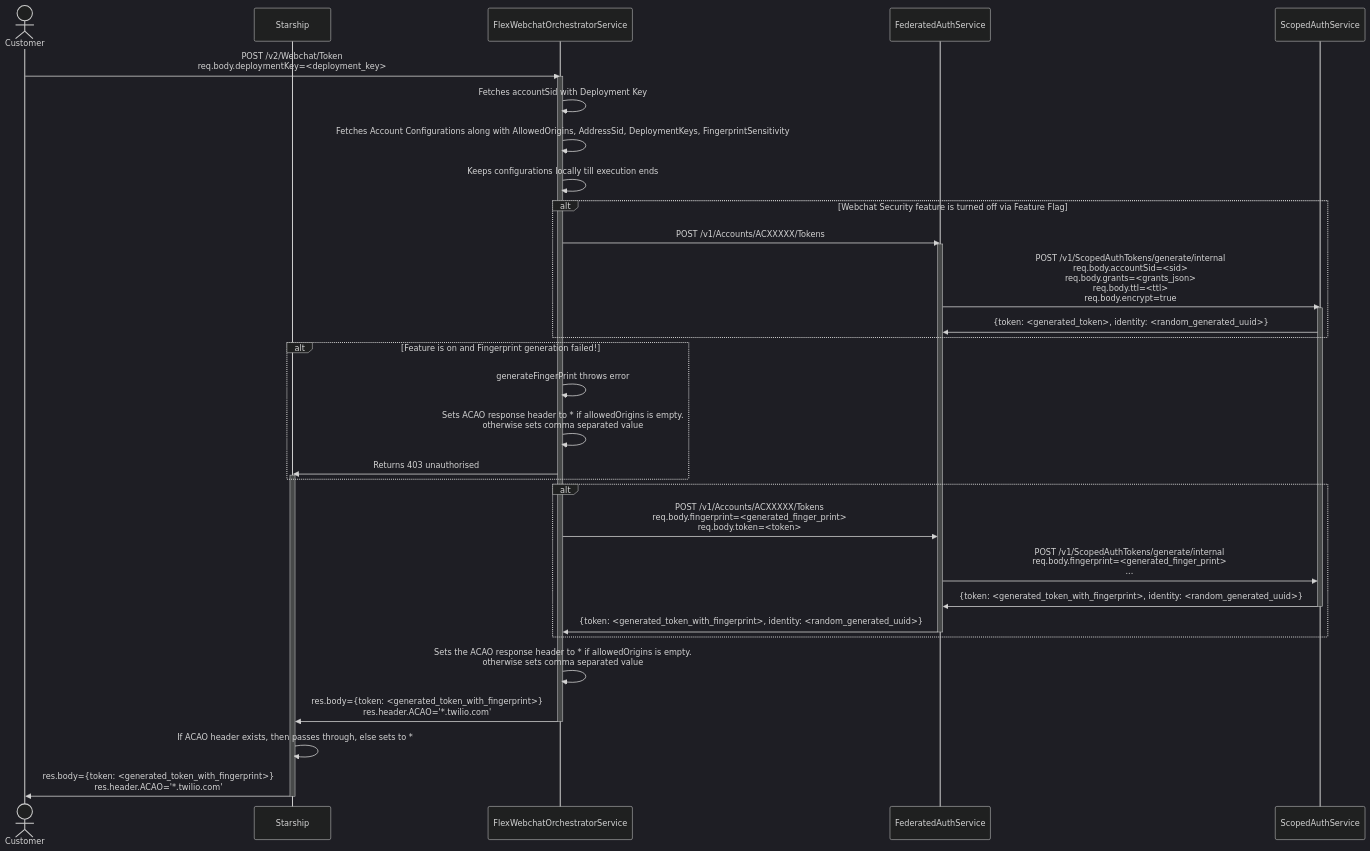
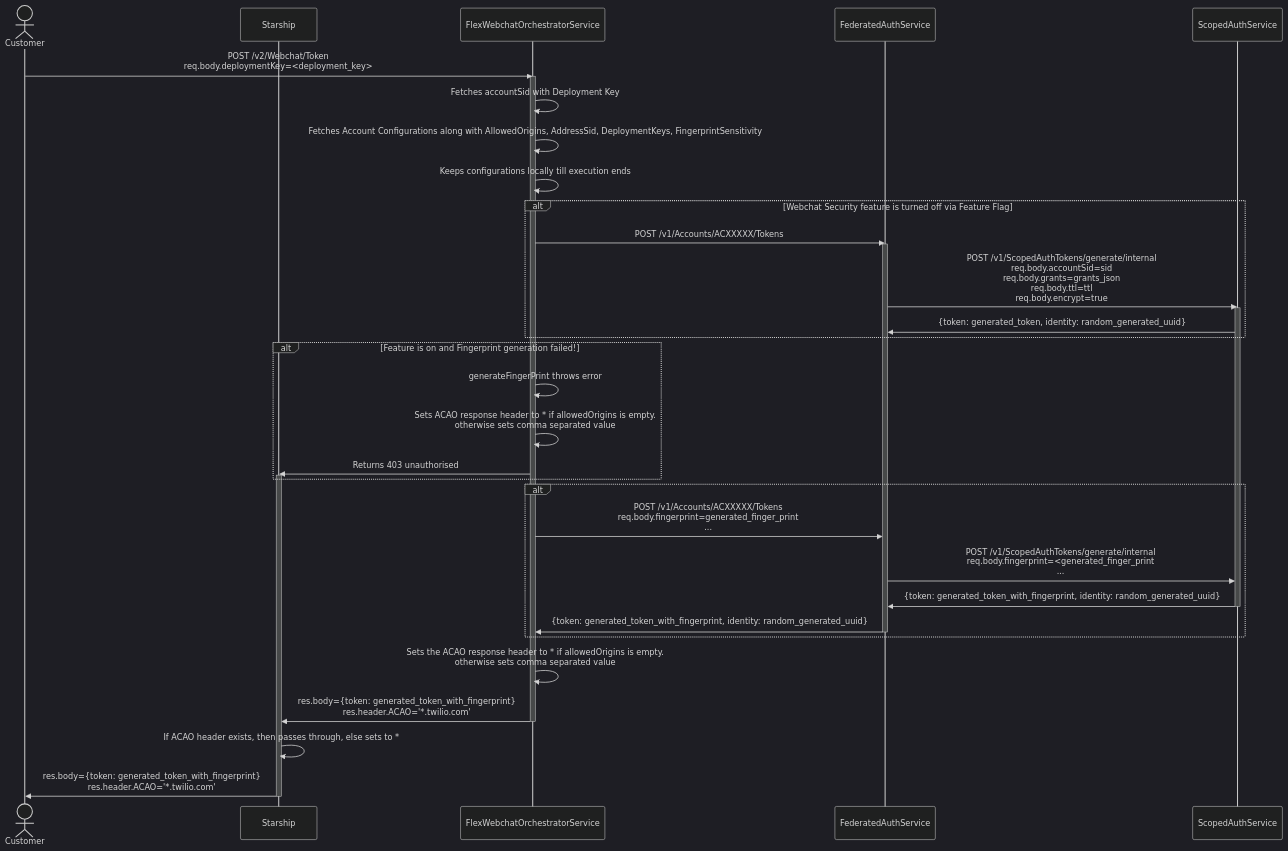
The diagram in seq_webchat_create_token.md (twilio/twilio-webchat-react-app), drawn with Mermaid (dark theme) before and after one commit. The commit also changed 1 other file, not shown here.

Commit message:
Updating sequence diagrams

````diff
--- a/seq_webchat_create_token.md
+++ b/seq_webchat_create_token.md
@@ -1,48 +1,48 @@
 ```mermaid
 %% Webchat Create Token
 sequenceDiagram
 
 actor C as Customer
 participant S as Starship
 participant FWO as FlexWebchatOrchestratorService
 participant FAS as FederatedAuthService
 participant SAS as ScopedAuthService
 
 C ->> FWO : POST /v2/Webchat/Token <br/>req.body.deploymentKey=<deployment_key>
 activate FWO
 FWO ->> FWO : Fetches accountSid with Deployment Key
 FWO ->> FWO : Fetches Account Configurations along with AllowedOrigins, AddressSid, DeploymentKeys, FingerprintSensitivity
 FWO ->> FWO : Keeps configurations locally till execution ends
 
 alt Webchat Security feature is turned off via Feature Flag
 	FWO ->> FAS : POST /v1/Accounts/ACXXXXX/Tokens
 	activate FAS
-	FAS ->> SAS : POST /v1/ScopedAuthTokens/generate/internal <br/>req.body.accountSid=<sid><br/>req.body.grants=<grants_json><br/>req.body.ttl=<ttl><br/>req.body.encrypt=true
+	FAS ->> SAS : POST /v1/ScopedAuthTokens/generate/internal <br/>req.body.accountSid=sid <br/>req.body.grants=grants_json <br/>req.body.ttl=ttl<br/>req.body.encrypt=true
 	activate SAS
-	SAS ->> FAS : {token: <generated_token>, identity: <random_generated_uuid>}
+	SAS ->> FAS : {token: generated_token, identity: random_generated_uuid}
 end
 
 alt Feature is on and Fingerprint generation failed!
 	FWO ->> FWO: generateFingerPrint throws error
 	FWO ->> FWO : Sets ACAO response header to * if allowedOrigins is  empty. <br/> otherwise sets comma separated value
 	FWO ->> S : Returns 403 unauthorised
 	activate S
 end
 
 alt #LightBlue Feature is turned on & Fingerprint is generated
-	FWO ->> FAS : POST /v1/Accounts/ACXXXXX/Tokens <br/>req.body.fingerprint=<generated_finger_print> <br/>req.body.token=<token> 
-	FAS ->> SAS : POST /v1/ScopedAuthTokens/generate/internal <br/>req.body.fingerprint=<generated_finger_print><br/>...
-	SAS ->> FAS : {token: <generated_token_with_fingerprint>, identity: <random_generated_uuid>}
+	FWO ->> FAS : POST /v1/Accounts/ACXXXXX/Tokens <br/>req.body.fingerprint=generated_finger_print <br/>... 
+	FAS ->> SAS : POST /v1/ScopedAuthTokens/generate/internal <br/>req.body.fingerprint=<generated_finger_print <br/>...
+	SAS ->> FAS : {token: generated_token_with_fingerprint, identity: random_generated_uuid}
 	deactivate SAS
-	FAS ->> FWO : {token: <generated_token_with_fingerprint>, identity: <random_generated_uuid>}
+	FAS ->> FWO : {token: generated_token_with_fingerprint, identity: random_generated_uuid}
 	deactivate FAS
 end
 
 FWO ->> FWO : Sets the ACAO response header to * if allowedOrigins is  empty. <br/> otherwise sets comma separated value
-FWO ->> S : res.body={token: <generated_token_with_fingerprint>}<br/>res.header.ACAO='*.twilio.com'
+FWO ->> S : res.body={token: generated_token_with_fingerprint}<br/>res.header.ACAO='*.twilio.com'
 deactivate FWO
 S ->> S : If ACAO header exists, then passes through, else sets to *
-S ->> C : res.body={token: <generated_token_with_fingerprint>}<br/>res.header.ACAO='*.twilio.com'
+S ->> C : res.body={token: generated_token_with_fingerprint}<br/>res.header.ACAO='*.twilio.com'
 deactivate S
 
 ```
````
